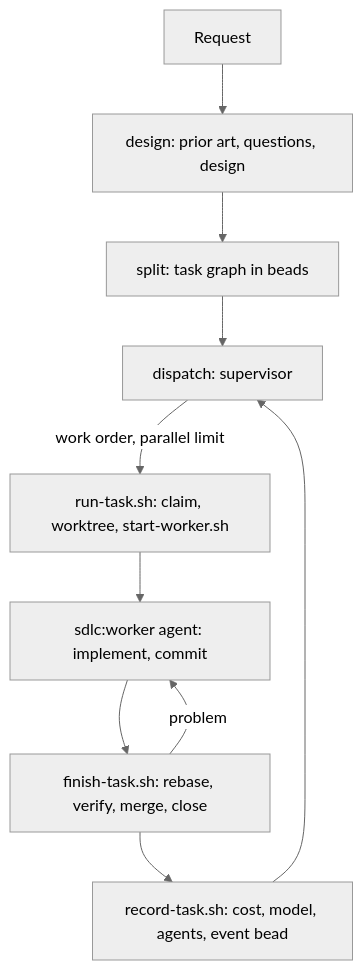
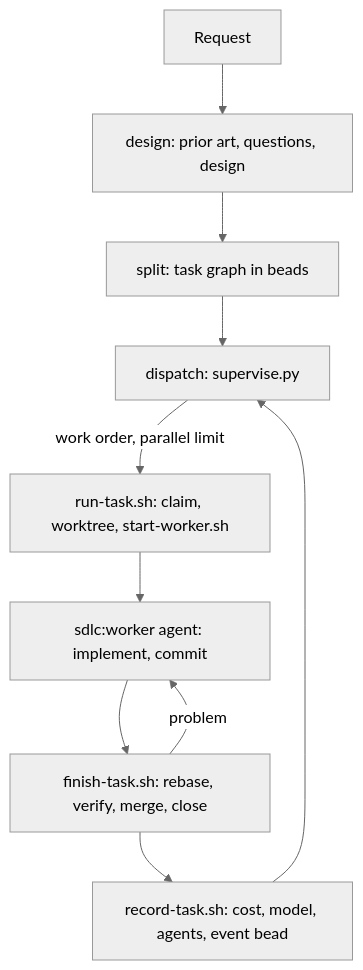
Before and after one commit to Igosuki/agentic-sdlc: the diagram in docs/workflow.md, drawn with Mermaid (neutral theme). The commit also changed other lines of this file and 6 other files, not shown here.

````diff
--- a/docs/workflow.md
+++ b/docs/workflow.md
@@ -5,12 +5,12 @@
 ```mermaid
 flowchart TD
   A[Request] --> B[design: prior art, questions, design]
   B --> C[split: task graph in beads]
-  C --> D[dispatch: supervisor]
+  C --> D[dispatch: supervise.py]
   D -->|work order, parallel limit| E[run-task.sh: claim, worktree, start-worker.sh]
   E --> F[sdlc:worker agent: implement, commit]
   F --> G[finish-task.sh: rebase, verify, merge, close]
   G -->|problem| F
   G --> H[record-task.sh: cost, model, agents, event bead]
   H --> D
 ```
````
